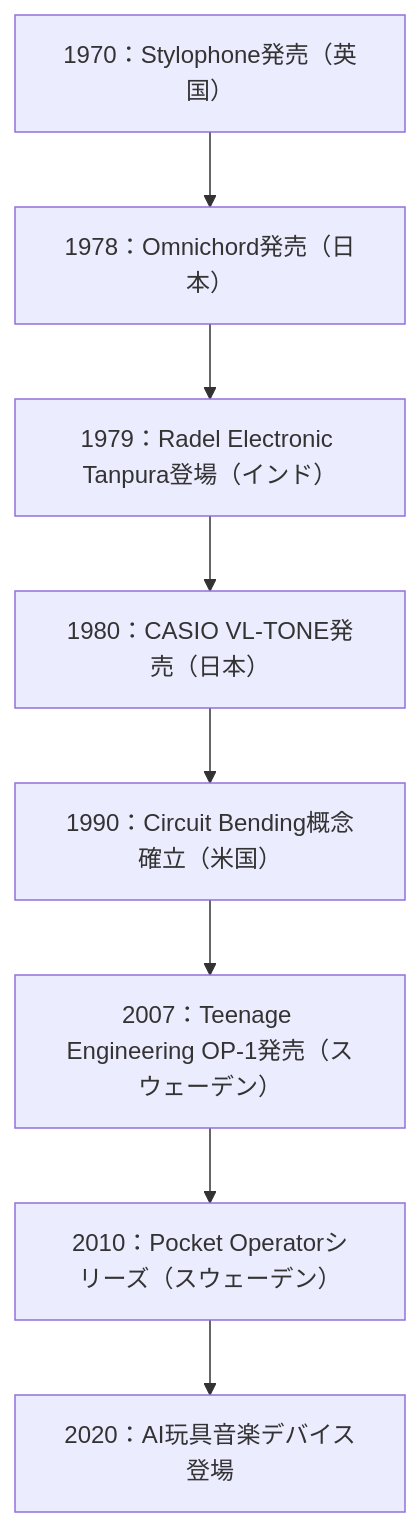
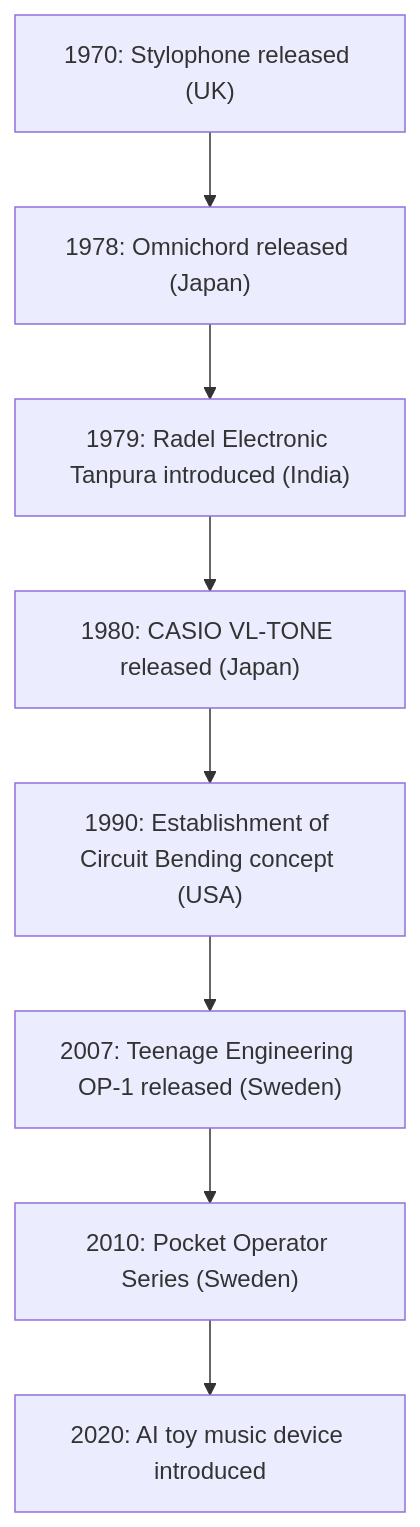
The diagram in en/_posts/2025-10-12-Column-Strange-Musical-Toys.md (monumental-movement/monumental-movement.github.io), drawn with Mermaid before and after one commit. The commit also changed other lines of this file and 1631 other files, not shown here.

```diff
--- a/en/_posts/2025-10-12-Column-Strange-Musical-Toys.md
+++ b/en/_posts/2025-10-12-Column-Strange-Musical-Toys.md
@@ -209,16 +198,16 @@
 <div class="mermaid">
 
 flowchart TD
 
-    A1970["1970：Stylophone発売（英国）"]
-    B1978["1978：Omnichord発売（日本）"]
-    C1979["1979：Radel Electronic Tanpura登場（インド）"]
-    D1980["1980：CASIO VL-TONE発売（日本）"]
-    E1990["1990：Circuit Bending概念確立（米国）"]
-    F2007["2007：Teenage Engineering OP-1発売（スウェーデン）"]
-    G2010["2010：Pocket Operatorシリーズ（スウェーデン）"]
-    H2020["2020：AI玩具音楽デバイス登場"]
+A1970["1970: Stylophone released (UK)"]
+    B1978["1978: Omnichord released (Japan)"]
+    C1979["1979: Radel Electronic Tanpura introduced (India)"]
+    D1980["1980: CASIO VL-TONE released (Japan)"]
+    E1990["1990: Establishment of Circuit Bending concept (USA)"]
+    F2007["2007: Teenage Engineering OP-1 released (Sweden)"]
+    G2010["2010: Pocket Operator Series (Sweden)"]
+    H2020["2020: AI toy music device introduced"]
     
     A1970 --> B1978 --> C1979 --> D1980 --> E1990 --> F2007 --> G2010 --> H2020
 
 </div>
```
